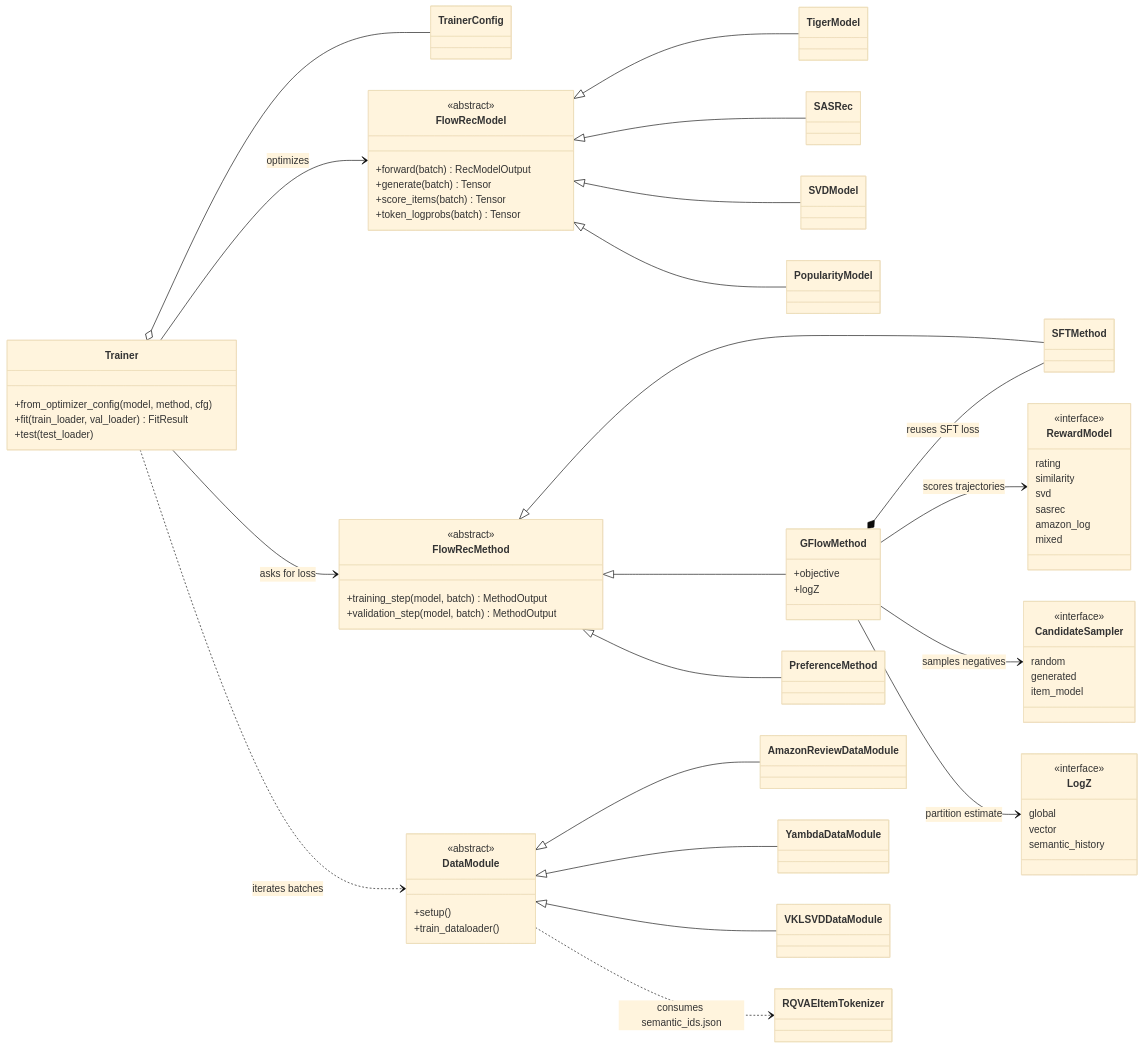
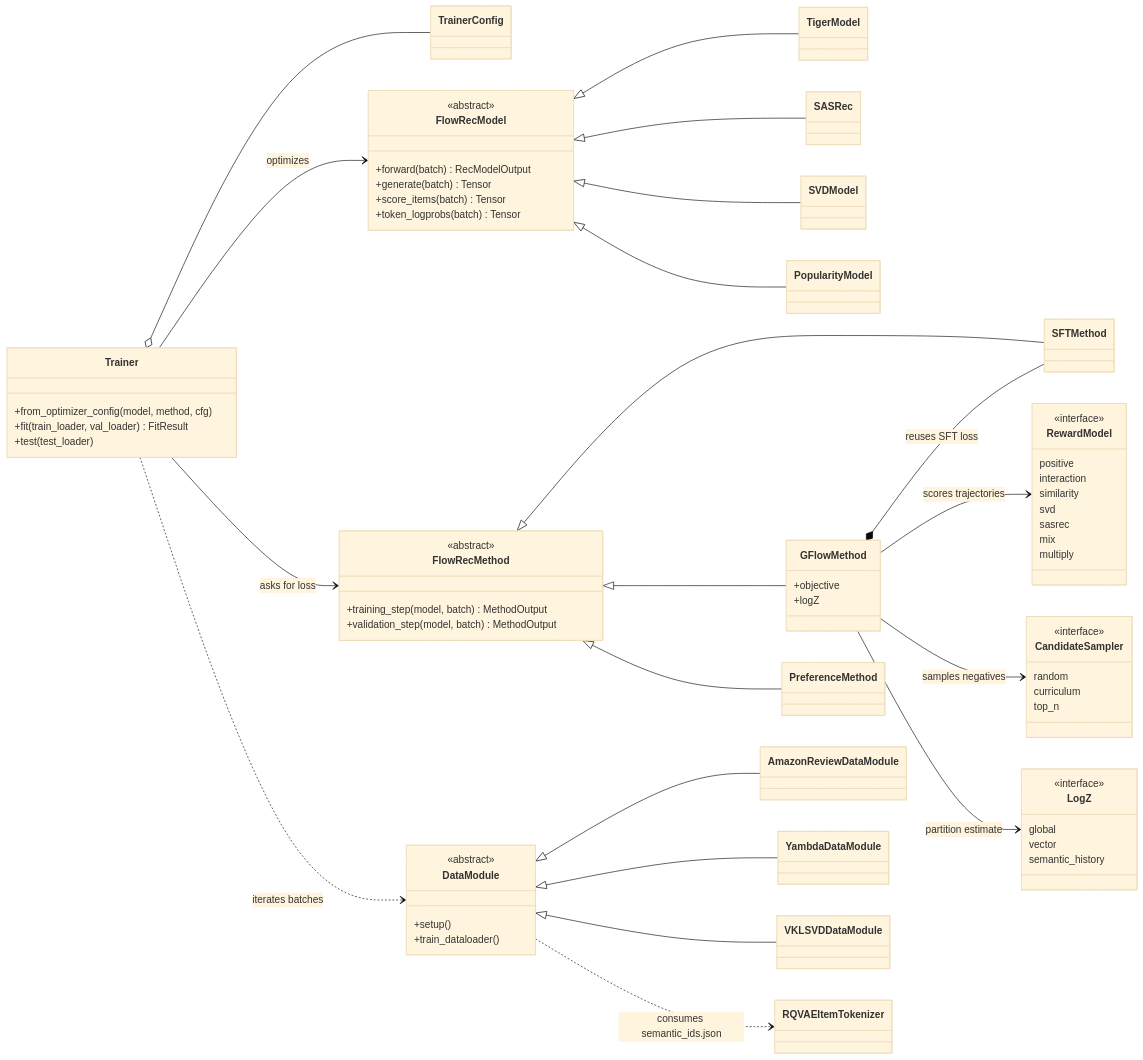
Before and after one commit to Anaxagor/flowrec: the diagram in README.md, drawn with Mermaid (base theme). The commit also changed other lines of this file and 1 other file, not shown here.

```diff
--- a/README.md
+++ b/README.md
@@ -143,18 +153,19 @@
 
     class RewardModel {
         <<interface>>
-        rating
+        positive
+        interaction
         similarity
         svd
         sasrec
-        amazon_log
-        mixed
+        mix
+        multiply
     }
     class CandidateSampler {
         <<interface>>
         random
-        generated
-        item_model
+        curriculum
+        top_n
     }
     class LogZ {
         <<interface>>
```
